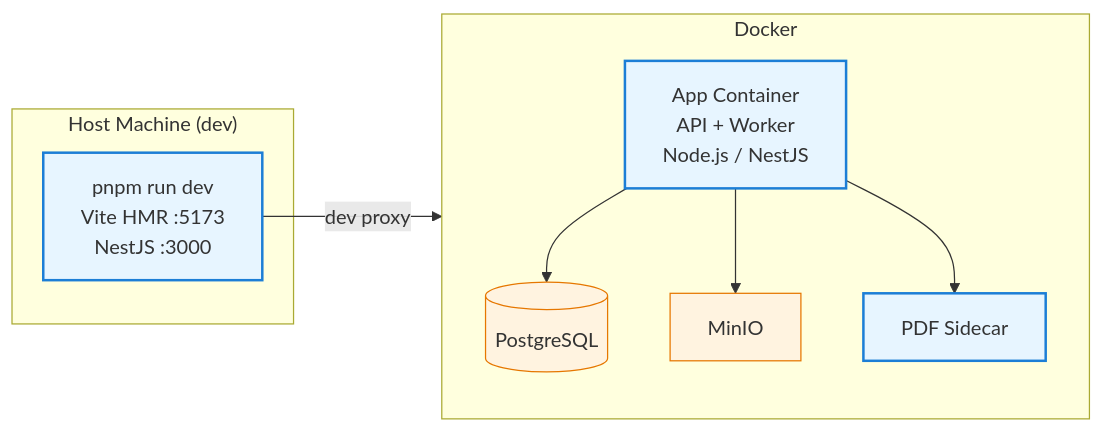
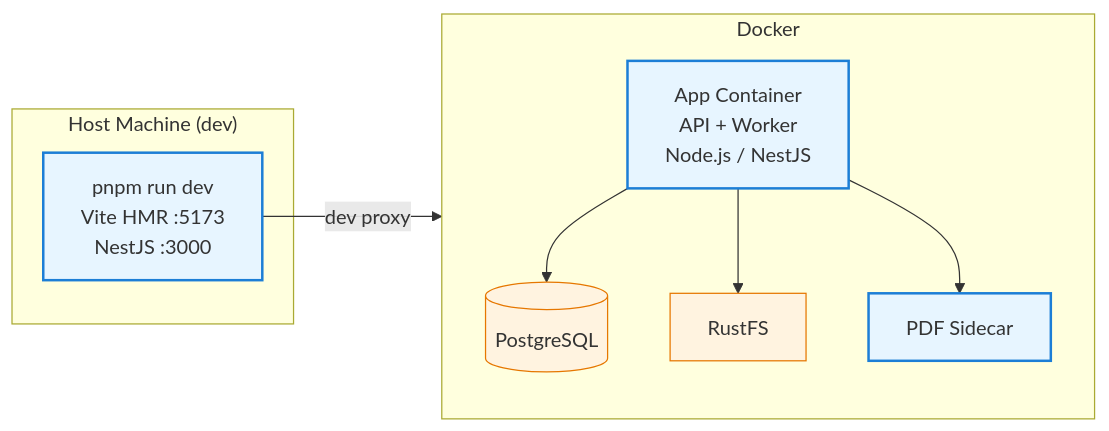
Before and after one commit to Fishkob/visual-regression: the fourth of 4 diagrams in docs/architecture/overview.md, drawn with Mermaid. The commit also changed other lines of this file and 1 other file, not shown here.

Commit message:
docs: rename MinIO references to RustFS in AGENTS.md and architecture overview

````diff
--- a/docs/architecture/overview.md
+++ b/docs/architecture/overview.md
@@ -286,22 +286,22 @@
 ```mermaid
 graph LR
   classDef container fill:#e7f5ff,stroke:#1c7ed6,stroke-width:2px
   classDef infra fill:#fff3e0,stroke:#e67700,stroke-width:1px
 
   subgraph Docker
     direction TB
     APP["App Container<br/>API + Worker<br/>Node.js / NestJS"]:::container
     PG[("PostgreSQL")]:::infra
-    MINIO["MinIO"]:::infra
+    MINIO["RustFS"]:::infra
     SIDECAR["PDF Sidecar"]:::container
   end
 
   subgraph Host["Host Machine (dev)"]
     DEV["pnpm run dev<br/>Vite HMR :5173<br/>NestJS :3000"]:::container
   end
 
   DEV -->|dev proxy| APP
   APP --> PG
   APP --> MINIO
   APP --> SIDECAR
 ```
````
